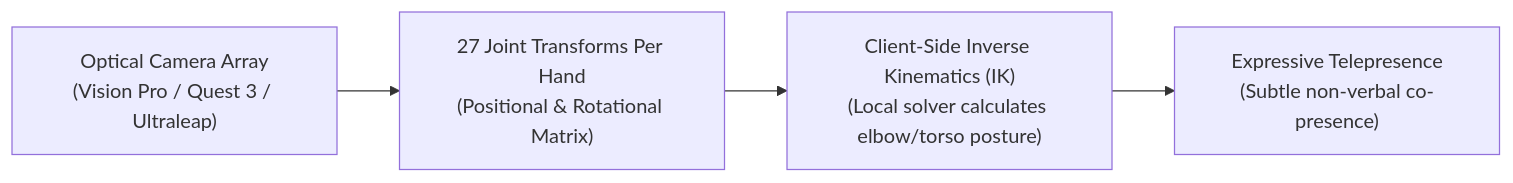
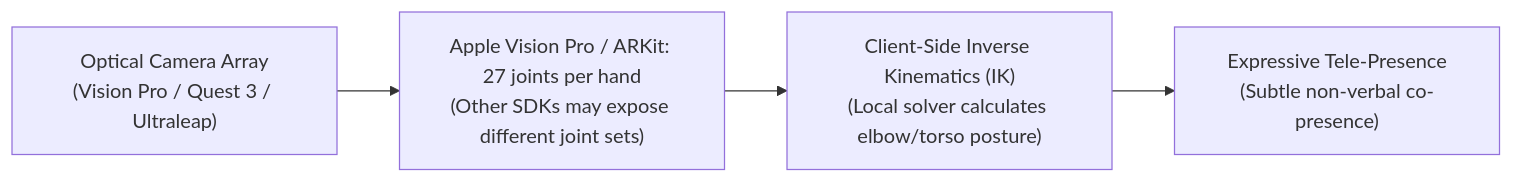
Before and after one commit to caraya/astro-blog2: the third of 6 diagrams in src/content/blog/place-space-and-passthrough.md, drawn with Mermaid. The commit also changed other lines of this file and 7 other files, not shown here.

````diff
--- a/src/content/blog/place-space-and-passthrough.md
+++ b/src/content/blog/place-space-and-passthrough.md
@@ -100,7 +103,7 @@
 ```mermaid
 flowchart LR
     Sensors["Optical Camera Array<br/>(Vision Pro / Quest 3 / Ultraleap)"]
-    --> JointData["27 Joint Transforms Per Hand<br/>(Positional & Rotational Matrix)"]
+    --> JointData["Apple Vision Pro / ARKit: 27 joints per hand<br/>(Other SDKs may expose different joint sets)"]
     --> IK["Client-Side Inverse Kinematics (IK)<br/>(Local solver calculates elbow/torso posture)"]
-    --> Telepresence["Expressive Telepresence<br/>(Subtle non-verbal co-presence)"]
+    --> TelePresence["Expressive Tele-Presence<br/>(Subtle non-verbal co-presence)"]
 ```
````
